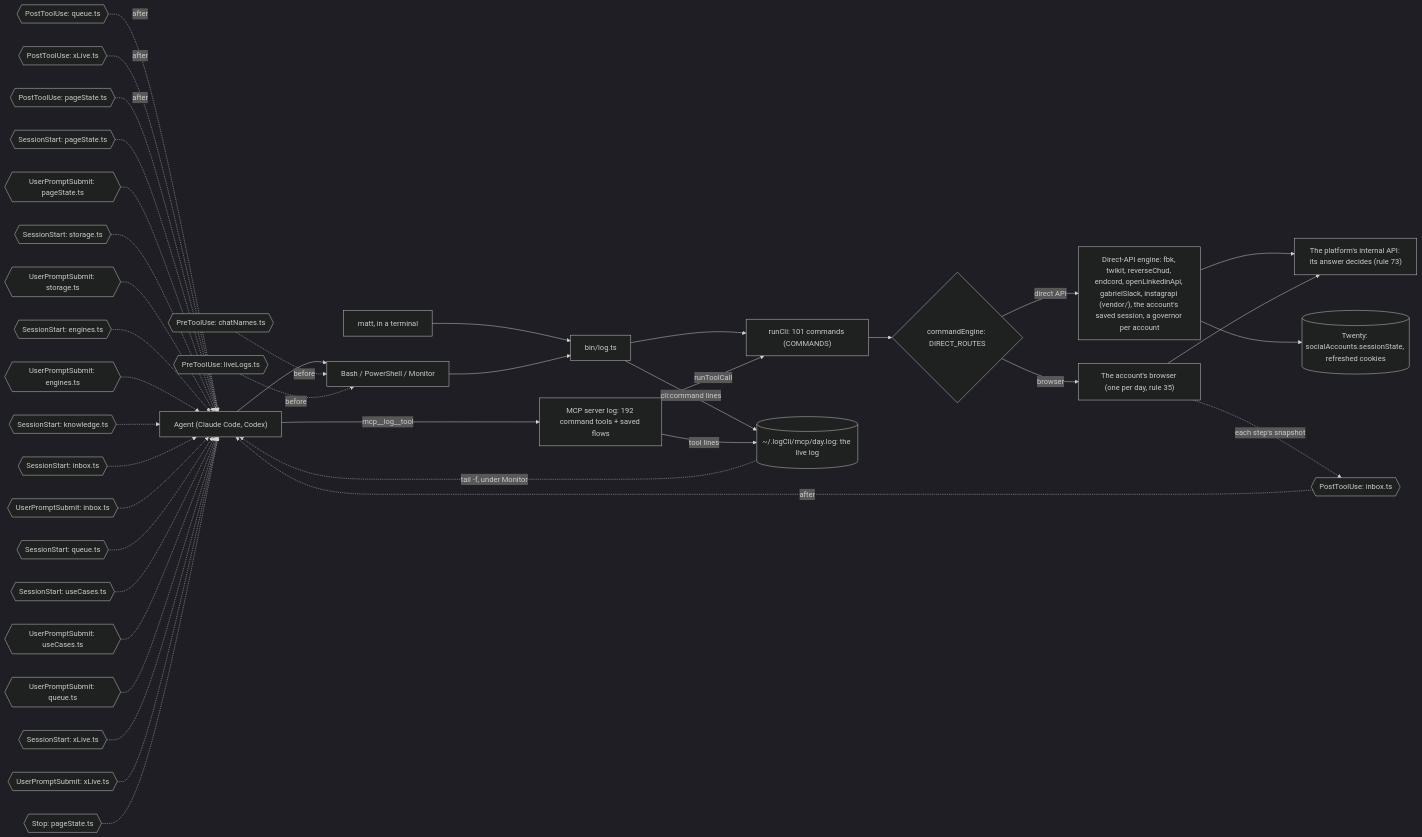
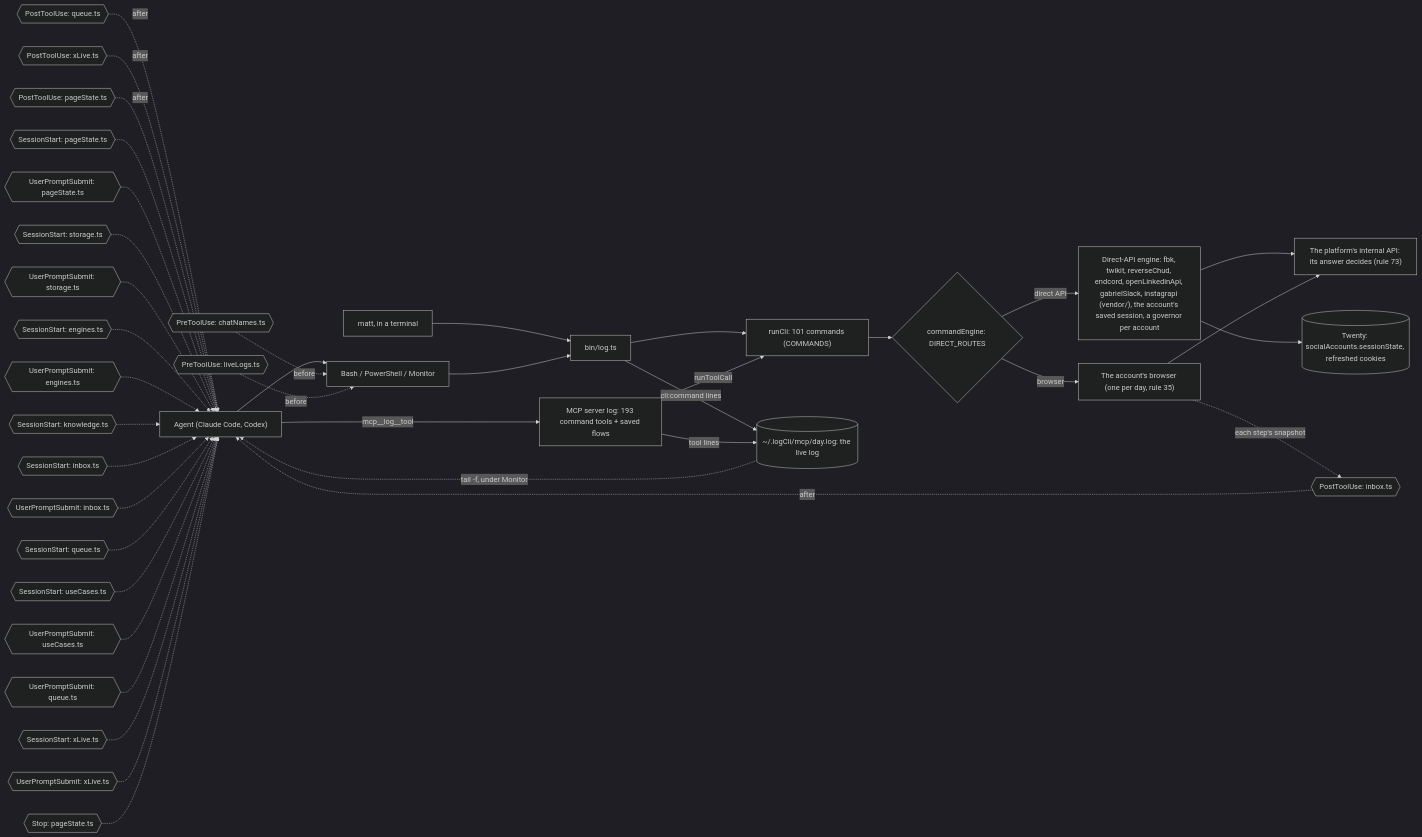
One commit to matthewdonsemail-lab/log changed the third of 6 diagrams in docs/reference.md. Above: the diagram before and after it, drawn with Mermaid (dark theme). The commit also changed other lines of this file and 40 other files, not shown here.

````diff
--- a/docs/reference.md
+++ b/docs/reference.md
@@ -191,53 +191,53 @@
 ```mermaid
 flowchart LR
   agent["Agent (Claude Code, Codex)"]
   matt["matt, in a terminal"]
   shell["Bash / PowerShell / Monitor"]
-  mcp["MCP server log: 192 command tools + saved flows"]
+  mcp["MCP server log: 193 command tools + saved flows"]
   bin["bin/log.ts"]
   runCli["runCli: 101 commands (COMMANDS)"]
   live[("~/.logCli/mcp/day.log: the live log")]
   engine{"commandEngine: DIRECT_ROUTES"}
   direct["Direct-API engine: fbk, twikit, reverseChud, endcord, openLinkedinApi, gabrielSlack, instagrapi (vendor/), the account's saved session, a governor per account"]
   browser["The account's browser (one per day, rule 35)"]
   api["The platform's internal API: its answer decides (rule 73)"]
   twenty[("Twenty: socialAccounts.sessionState, refreshed cookies")]
   agent --> shell
   matt --> bin
   shell --> bin
   agent -->|mcp__log__tool| mcp
   bin --> runCli
   mcp -->|runToolCall| runCli
   runCli --> engine
   engine -->|direct API| direct
   engine -->|browser| browser
   direct --> api
   browser --> api
   direct --> twenty
   bin -->|cli:command lines| live
   mcp -->|tool lines| live
   live -.->|tail -f, under Monitor| agent
   pre0{{"PreToolUse: chatNames.ts"}} -.->|before| shell
   pre1{{"PreToolUse: liveLogs.ts"}} -.->|before| shell
   post0{{"PostToolUse: inbox.ts"}} -.->|after| agent
   post1{{"PostToolUse: queue.ts"}} -.->|after| agent
   post2{{"PostToolUse: xLive.ts"}} -.->|after| agent
   post3{{"PostToolUse: pageState.ts"}} -.->|after| agent
   turn0{{"SessionStart: pageState.ts"}} -.-> agent
   turn1{{"UserPromptSubmit: pageState.ts"}} -.-> agent
   turn2{{"SessionStart: storage.ts"}} -.-> agent
   turn3{{"UserPromptSubmit: storage.ts"}} -.-> agent
   turn4{{"SessionStart: engines.ts"}} -.-> agent
   turn5{{"UserPromptSubmit: engines.ts"}} -.-> agent
   turn6{{"SessionStart: knowledge.ts"}} -.-> agent
   turn7{{"SessionStart: inbox.ts"}} -.-> agent
   turn8{{"UserPromptSubmit: inbox.ts"}} -.-> agent
   turn9{{"SessionStart: queue.ts"}} -.-> agent
   turn10{{"SessionStart: useCases.ts"}} -.-> agent
   turn11{{"UserPromptSubmit: useCases.ts"}} -.-> agent
   turn12{{"UserPromptSubmit: queue.ts"}} -.-> agent
   turn13{{"SessionStart: xLive.ts"}} -.-> agent
   turn14{{"UserPromptSubmit: xLive.ts"}} -.-> agent
   turn15{{"Stop: pageState.ts"}} -.-> agent
   browser -.->|each step's snapshot| post0
 ```
````
